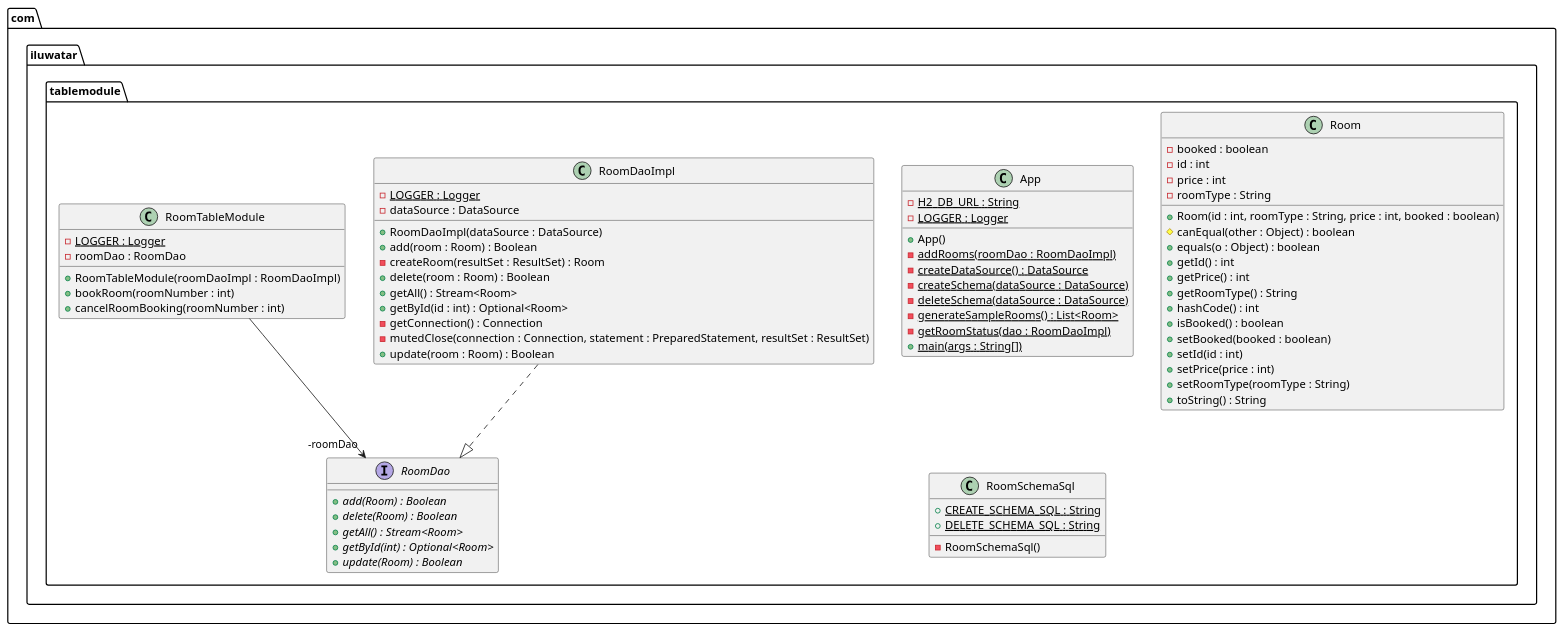
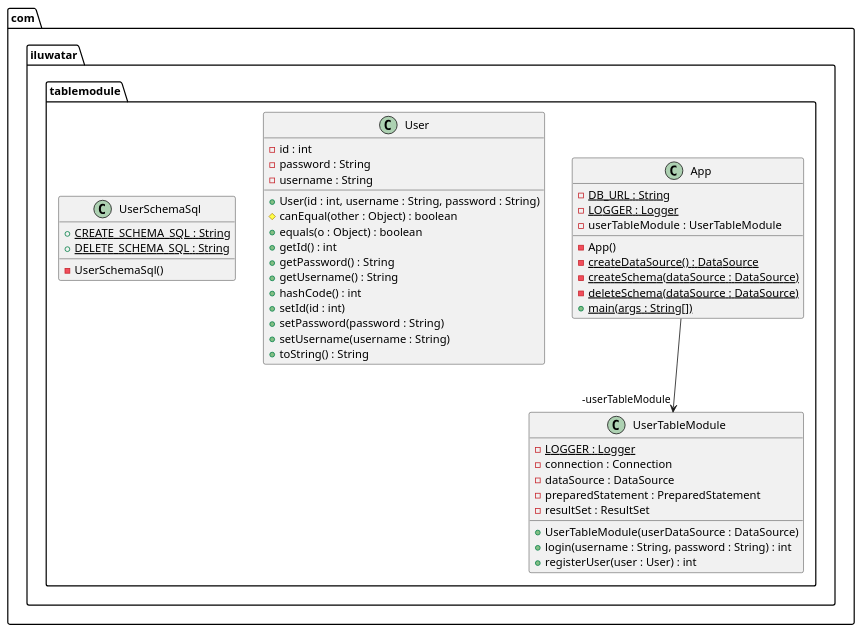
The diagram in table-module/etc/table-module.urm.puml (iluwatar/java-design-patterns), drawn with PlantUML before and after one commit. The commit also changed 18 other files, not shown here.

```diff
--- a/table-module/etc/table-module.urm.puml
+++ b/table-module/etc/table-module.urm.puml
@@ -1,69 +1,46 @@
 @startuml
 package com.iluwatar.tablemodule {
   class App {
-    - H2_DB_URL : String {static}
+    - DB_URL : String {static}
     - LOGGER : Logger {static}
-    + App()
-    - addRooms(roomDao : RoomDaoImpl) {static}
+    - userTableModule : UserTableModule
+    - App()
     - createDataSource() : DataSource {static}
     - createSchema(dataSource : DataSource) {static}
     - deleteSchema(dataSource : DataSource) {static}
-    - generateSampleRooms() : List<Room> {static}
-    - getRoomStatus(dao : RoomDaoImpl) {static}
     + main(args : String[]) {static}
   }
-  class Room {
-    - booked : boolean
+  class User {
     - id : int
-    - price : int
-    - roomType : String
-    + Room(id : int, roomType : String, price : int, booked : boolean)
+    - password : String
+    - username : String
+    + User(id : int, username : String, password : String)
     # canEqual(other : Object) : boolean
     + equals(o : Object) : boolean
     + getId() : int
-    + getPrice() : int
-    + getRoomType() : String
+    + getPassword() : String
+    + getUsername() : String
     + hashCode() : int
-    + isBooked() : boolean
-    + setBooked(booked : boolean)
     + setId(id : int)
-    + setPrice(price : int)
-    + setRoomType(roomType : String)
+    + setPassword(password : String)
+    + setUsername(username : String)
     + toString() : String
   }
-  interface RoomDao {
-    + add(Room) : Boolean {abstract}
-    + delete(Room) : Boolean {abstract}
-    + getAll() : Stream<Room> {abstract}
-    + getById(int) : Optional<Room> {abstract}
-    + update(Room) : Boolean {abstract}
-  }
-  class RoomDaoImpl {
-    - LOGGER : Logger {static}
-    - dataSource : DataSource
-    + RoomDaoImpl(dataSource : DataSource)
-    + add(room : Room) : Boolean
-    - createRoom(resultSet : ResultSet) : Room
-    + delete(room : Room) : Boolean
-    + getAll() : Stream<Room>
-    + getById(id : int) : Optional<Room>
-    - getConnection() : Connection
-    - mutedClose(connection : Connection, statement : PreparedStatement, resultSet : ResultSet)
-    + update(room : Room) : Boolean
-  }
-  class RoomSchemaSql {
+  class UserSchemaSql {
     + CREATE_SCHEMA_SQL : String {static}
     + DELETE_SCHEMA_SQL : String {static}
-    - RoomSchemaSql()
+    - UserSchemaSql()
   }
-  class RoomTableModule {
+  class UserTableModule {
     - LOGGER : Logger {static}
-    - roomDao : RoomDao
-    + RoomTableModule(roomDaoImpl : RoomDaoImpl)
-    + bookRoom(roomNumber : int)
-    + cancelRoomBooking(roomNumber : int)
+    - connection : Connection
+    - dataSource : DataSource
+    - preparedStatement : PreparedStatement
+    - resultSet : ResultSet
+    + UserTableModule(userDataSource : DataSource)
+    + login(username : String, password : String) : int
+    + registerUser(user : User) : int
   }
 }
-RoomTableModule -->  "-roomDao" RoomDao
-RoomDaoImpl ..|> RoomDao 
+App -->  "-userTableModule" UserTableModule
 @enduml
```
